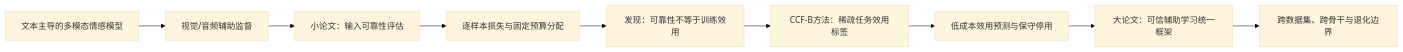
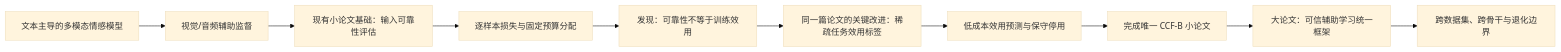
Before and after one commit to augustuswtx/emo: the diagram in docs/thesis-integration-roadmap-20260928.md, drawn with Mermaid (base theme). The commit also changed other lines of this file and 3 other files, not shown here.

````diff
--- a/docs/thesis-integration-roadmap-20260928.md
+++ b/docs/thesis-integration-roadmap-20260928.md
@@ -40,11 +40,12 @@
 ```mermaid
 flowchart LR
     A["文本主导的多模态情感模型"] --> B["视觉/音频辅助监督"]
-    B --> C["小论文：输入可靠性评估"]
+    B --> C["现有小论文基础：输入可靠性评估"]
     C --> D["逐样本损失与固定预算分配"]
     D --> E["发现：可靠性不等于训练效用"]
-    E --> F["CCF-B方法：稀疏任务效用标签"]
+    E --> F["同一篇论文的关键改进：稀疏任务效用标签"]
     F --> G["低成本效用预测与保守停用"]
-    G --> H["大论文：可信辅助学习统一框架"]
-    H --> I["跨数据集、跨骨干与退化边界"]
+    G --> H["完成唯一 CCF-B 小论文"]
+    H --> I["大论文：可信辅助学习统一框架"]
+    I --> J["跨数据集、跨骨干与退化边界"]
 ```
````
